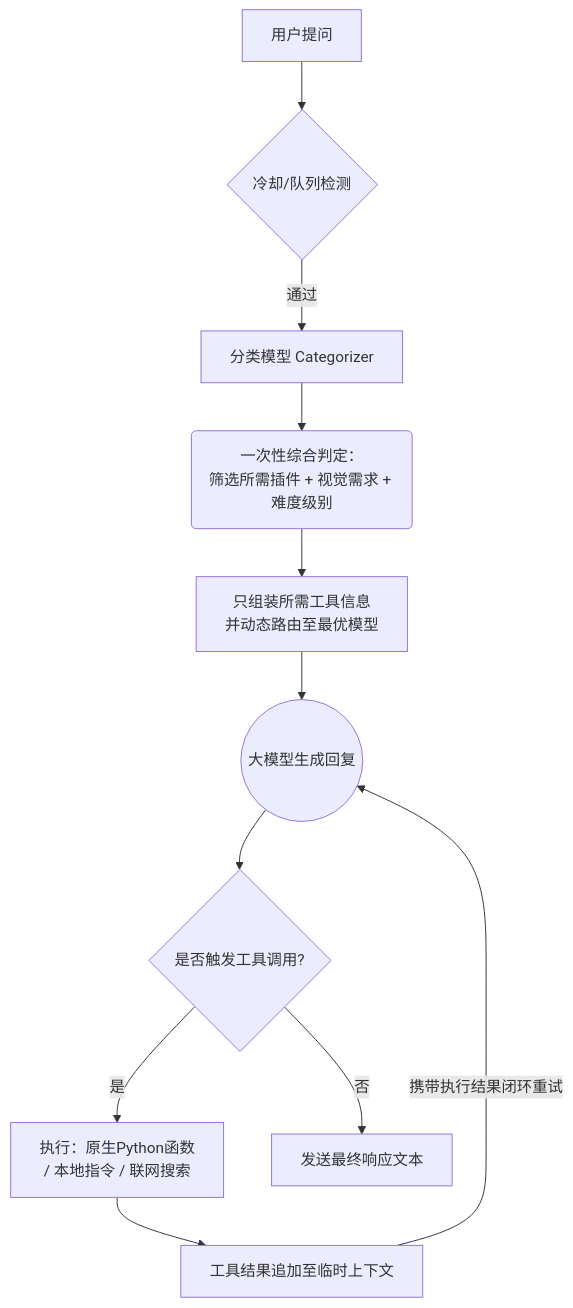
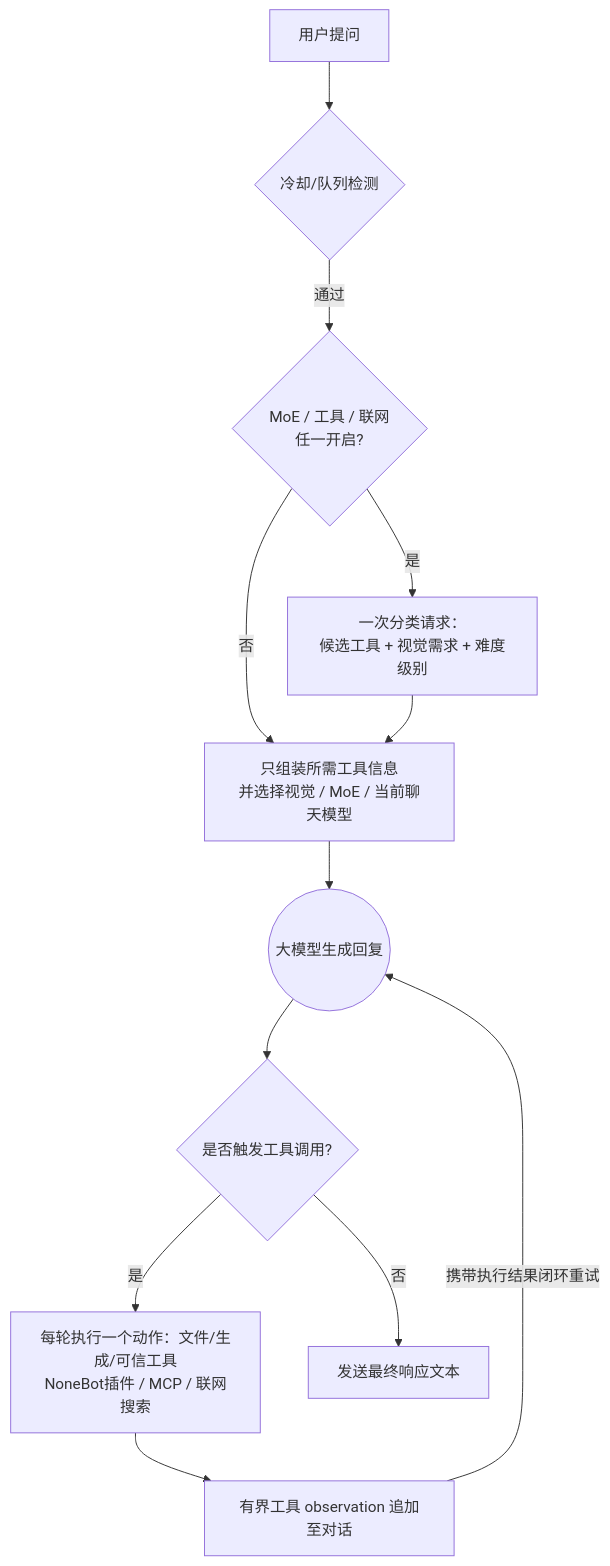
Before and after one commit to LoCCai/nonebot-plugin-moellmchats: the diagram in README.md, drawn with Mermaid. The commit also changed other lines of this file and 6 other files, not shown here.

````diff
--- a/README.md
+++ b/README.md
@@ -176,18 +183,19 @@
 ```mermaid
 flowchart TD
     A[用户提问] --> B{冷却/队列检测}
-    B -->|通过| C[分类模型 Categorizer]
+    B -->|通过| C{MoE / 工具 / 联网<br>任一开启?}
 
-    C --> C_Cond(一次性综合判定：<br>筛选所需插件 + 视觉需求 + 难度级别)
-    C_Cond --> D[只组装所需工具信息<br>并动态路由至最优模型]
+    C -->|是| C_Cond[一次分类请求：<br>候选工具 + 视觉需求 + 难度级别]
+    C -->|否| D
+    C_Cond --> D
 
-    D --> E((大模型生成回复))
+    D[只组装所需工具信息<br>并选择视觉 / MoE / 当前聊天模型] --> E((大模型生成回复))
 
     E --> F{是否触发工具调用?}
 
-    F -->|是| G[执行：原生Python函数<br> / 本地指令 / 联网搜索]
-    G --> H[工具结果追加至临时上下文]
+    F -->|是| G[每轮执行一个动作：文件/生成/可信工具<br>NoneBot插件 / MCP / 联网搜索]
+    G --> H[有界工具 observation 追加至对话]
     H -->|携带执行结果闭环重试| E
 
     F -->|否| I[发送最终响应文本]
 ```
````
